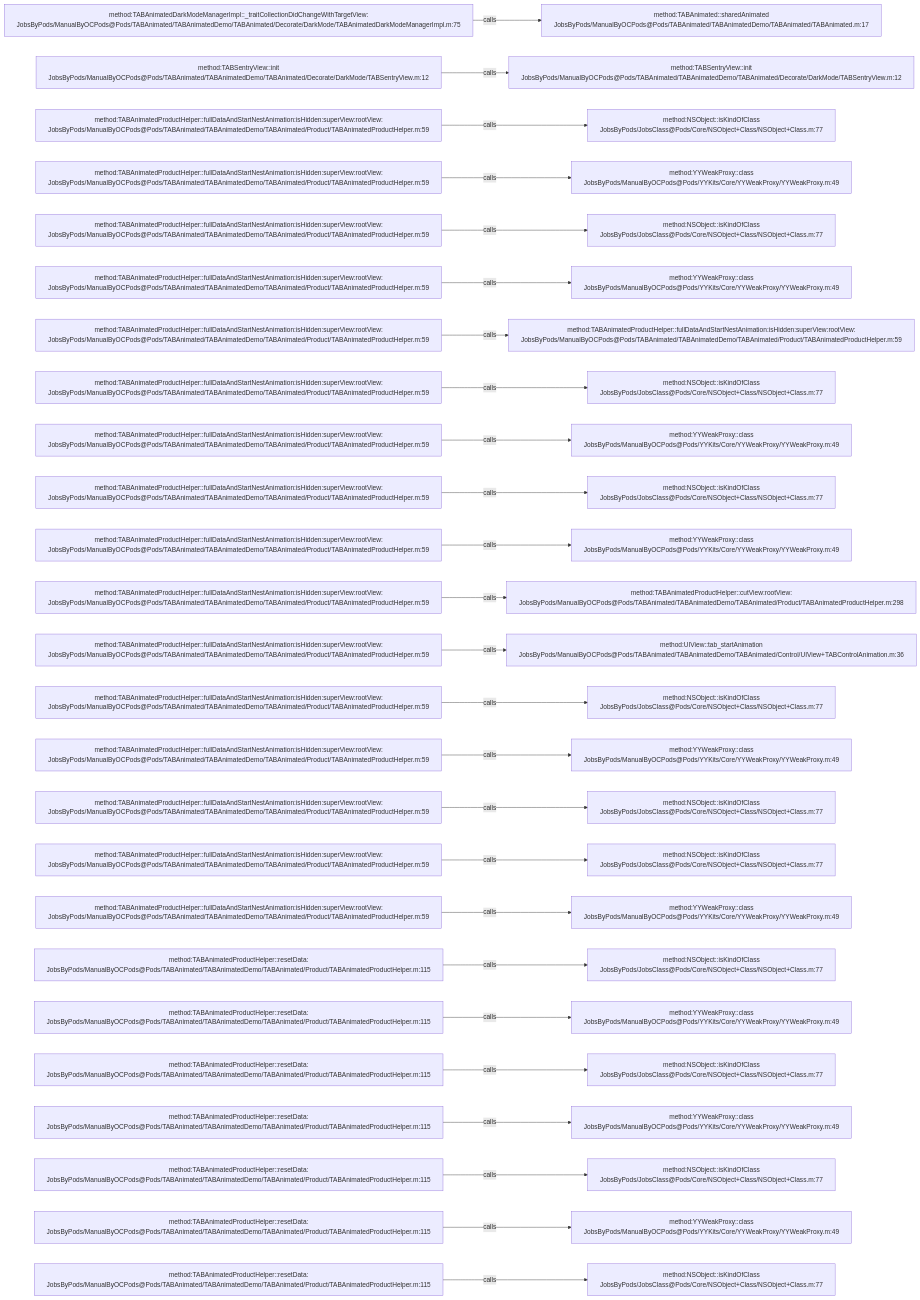
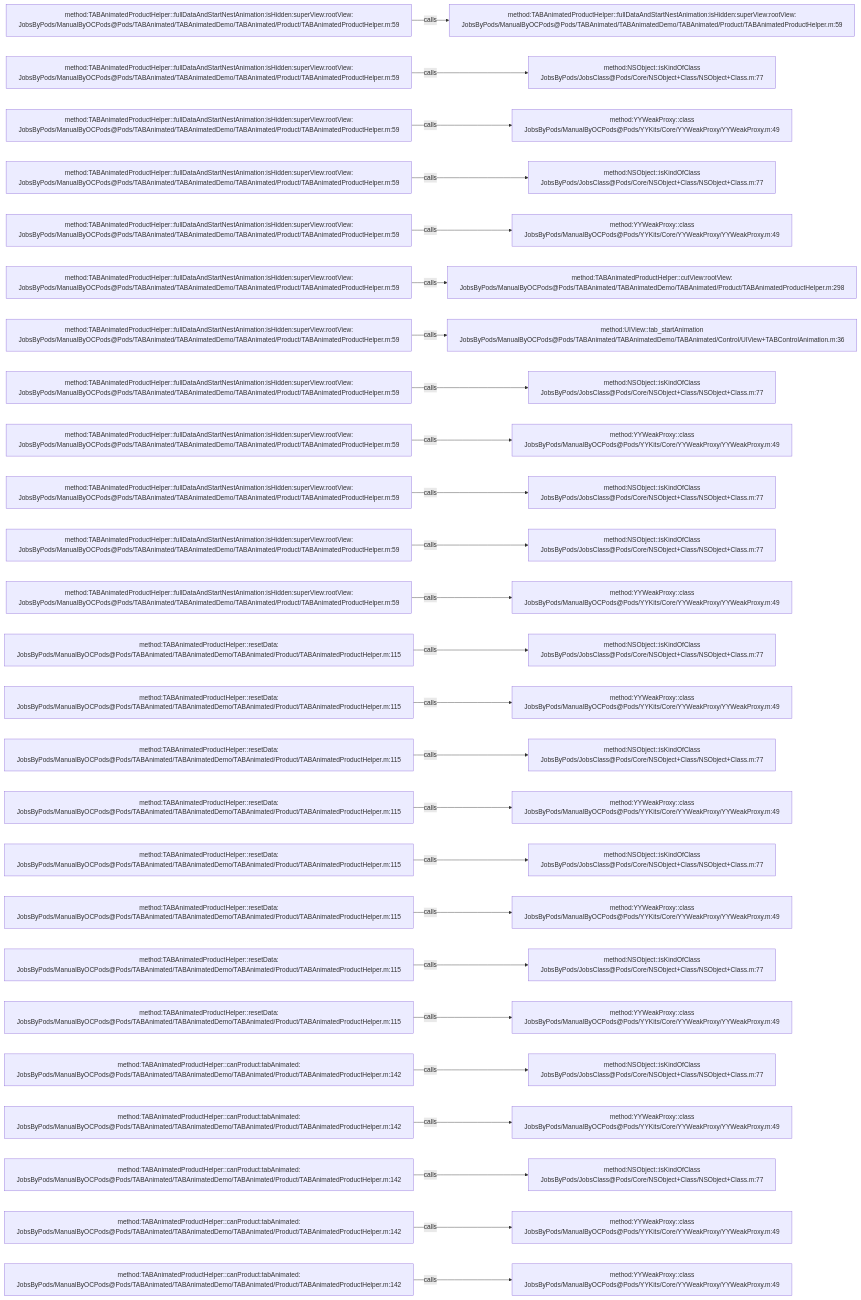
The diagram in .codegraph/codegraph.md/graphs/calls-025.md (JobsKits/JobsOCBaseConfigDemo), drawn with Mermaid before and after one commit. The commit also changed 666 other files, not shown here.

````diff
--- a/.codegraph/codegraph.md/graphs/calls-025.md
+++ b/.codegraph/codegraph.md/graphs/calls-025.md
@@ -13,78 +13,78 @@
 ```mermaid
 flowchart LR
-  S1["method:TABAnimatedDarkModeManagerImpl::_traitCollectionDidChangeWithTargetView:<br/>JobsByPods/ManualByOCPods@Pods/TABAnimated/TABAnimatedDemo/TABAnimated/Decorate/DarkMode/TABAnimatedDarkModeManagerImpl.m:75"]
-  T1["method:TABAnimated::sharedAnimated<br/>JobsByPods/ManualByOCPods@Pods/TABAnimated/TABAnimatedDemo/TABAnimated/TABAnimated.m:17"]
+  S1["method:TABAnimatedProductHelper::fullDataAndStartNestAnimation:isHidden:superView:rootView:<br/>JobsByPods/ManualByOCPods@Pods/TABAnimated/TABAnimatedDemo/TABAnimated/Product/TABAnimatedProductHelper.m:59"]
+  T1["method:TABAnimatedProductHelper::fullDataAndStartNestAnimation:isHidden:superView:rootView:<br/>JobsByPods/ManualByOCPods@Pods/TABAnimated/TABAnimatedDemo/TABAnimated/Product/TABAnimatedProductHelper.m:59"]
   S1 -->|calls| T1
-  S2["method:TABSentryView::init<br/>JobsByPods/ManualByOCPods@Pods/TABAnimated/TABAnimatedDemo/TABAnimated/Decorate/DarkMode/TABSentryView.m:12"]
-  T2["method:TABSentryView::init<br/>JobsByPods/ManualByOCPods@Pods/TABAnimated/TABAnimatedDemo/TABAnimated/Decorate/DarkMode/TABSentryView.m:12"]
+  S2["method:TABAnimatedProductHelper::fullDataAndStartNestAnimation:isHidden:superView:rootView:<br/>JobsByPods/ManualByOCPods@Pods/TABAnimated/TABAnimatedDemo/TABAnimated/Product/TABAnimatedProductHelper.m:59"]
+  T2["method:NSObject::isKindOfClass<br/>JobsByPods/JobsClass@Pods/Core/NSObject+Class/NSObject+Class.m:77"]
   S2 -->|calls| T2
   S3["method:TABAnimatedProductHelper::fullDataAndStartNestAnimation:isHidden:superView:rootView:<br/>JobsByPods/ManualByOCPods@Pods/TABAnimated/TABAnimatedDemo/TABAnimated/Product/TABAnimatedProductHelper.m:59"]
-  T3["method:NSObject::isKindOfClass<br/>JobsByPods/JobsClass@Pods/Core/NSObject+Class/NSObject+Class.m:77"]
+  T3["method:YYWeakProxy::class<br/>JobsByPods/ManualByOCPods@Pods/YYKits/Core/YYWeakProxy/YYWeakProxy.m:49"]
   S3 -->|calls| T3
   S4["method:TABAnimatedProductHelper::fullDataAndStartNestAnimation:isHidden:superView:rootView:<br/>JobsByPods/ManualByOCPods@Pods/TABAnimated/TABAnimatedDemo/TABAnimated/Product/TABAnimatedProductHelper.m:59"]
-  T4["method:YYWeakProxy::class<br/>JobsByPods/ManualByOCPods@Pods/YYKits/Core/YYWeakProxy/YYWeakProxy.m:49"]
+  T4["method:NSObject::isKindOfClass<br/>JobsByPods/JobsClass@Pods/Core/NSObject+Class/NSObject+Class.m:77"]
   S4 -->|calls| T4
   S5["method:TABAnimatedProductHelper::fullDataAndStartNestAnimation:isHidden:superView:rootView:<br/>JobsByPods/ManualByOCPods@Pods/TABAnimated/TABAnimatedDemo/TABAnimated/Product/TABAnimatedProductHelper.m:59"]
-  T5["method:NSObject::isKindOfClass<br/>JobsByPods/JobsClass@Pods/Core/NSObject+Class/NSObject+Class.m:77"]
+  T5["method:YYWeakProxy::class<br/>JobsByPods/ManualByOCPods@Pods/YYKits/Core/YYWeakProxy/YYWeakProxy.m:49"]
   S5 -->|calls| T5
   S6["method:TABAnimatedProductHelper::fullDataAndStartNestAnimation:isHidden:superView:rootView:<br/>JobsByPods/ManualByOCPods@Pods/TABAnimated/TABAnimatedDemo/TABAnimated/Product/TABAnimatedProductHelper.m:59"]
-  T6["method:YYWeakProxy::class<br/>JobsByPods/ManualByOCPods@Pods/YYKits/Core/YYWeakProxy/YYWeakProxy.m:49"]
+  T6["method:TABAnimatedProductHelper::cutView:rootView:<br/>JobsByPods/ManualByOCPods@Pods/TABAnimated/TABAnimatedDemo/TABAnimated/Product/TABAnimatedProductHelper.m:298"]
   S6 -->|calls| T6
   S7["method:TABAnimatedProductHelper::fullDataAndStartNestAnimation:isHidden:superView:rootView:<br/>JobsByPods/ManualByOCPods@Pods/TABAnimated/TABAnimatedDemo/TABAnimated/Product/TABAnimatedProductHelper.m:59"]
-  T7["method:TABAnimatedProductHelper::fullDataAndStartNestAnimation:isHidden:superView:rootView:<br/>JobsByPods/ManualByOCPods@Pods/TABAnimated/TABAnimatedDemo/TABAnimated/Product/TABAnimatedProductHelper.m:59"]
+  T7["method:UIView::tab_startAnimation<br/>JobsByPods/ManualByOCPods@Pods/TABAnimated/TABAnimatedDemo/TABAnimated/Control/UIView+TABControlAnimation.m:36"]
   S7 -->|calls| T7
   S8["method:TABAnimatedProductHelper::fullDataAndStartNestAnimation:isHidden:superView:rootView:<br/>JobsByPods/ManualByOCPods@Pods/TABAnimated/TABAnimatedDemo/TABAnimated/Product/TABAnimatedProductHelper.m:59"]
   T8["method:NSObject::isKindOfClass<br/>JobsByPods/JobsClass@Pods/Core/NSObject+Class/NSObject+Class.m:77"]
   S8 -->|calls| T8
   S9["method:TABAnimatedProductHelper::fullDataAndStartNestAnimation:isHidden:superView:rootView:<br/>JobsByPods/ManualByOCPods@Pods/TABAnimated/TABAnimatedDemo/TABAnimated/Product/TABAnimatedProductHelper.m:59"]
   T9["method:YYWeakProxy::class<br/>JobsByPods/ManualByOCPods@Pods/YYKits/Core/YYWeakProxy/YYWeakProxy.m:49"]
   S9 -->|calls| T9
   S10["method:TABAnimatedProductHelper::fullDataAndStartNestAnimation:isHidden:superView:rootView:<br/>JobsByPods/ManualByOCPods@Pods/TABAnimated/TABAnimatedDemo/TABAnimated/Product/TABAnimatedProductHelper.m:59"]
   T10["method:NSObject::isKindOfClass<br/>JobsByPods/JobsClass@Pods/Core/NSObject+Class/NSObject+Class.m:77"]
   S10 -->|calls| T10
   S11["method:TABAnimatedProductHelper::fullDataAndStartNestAnimation:isHidden:superView:rootView:<br/>JobsByPods/ManualByOCPods@Pods/TABAnimated/TABAnimatedDemo/TABAnimated/Product/TABAnimatedProductHelper.m:59"]
-  T11["method:YYWeakProxy::class<br/>JobsByPods/ManualByOCPods@Pods/YYKits/Core/YYWeakProxy/YYWeakProxy.m:49"]
+  T11["method:NSObject::isKindOfClass<br/>JobsByPods/JobsClass@Pods/Core/NSObject+Class/NSObject+Class.m:77"]
   S11 -->|calls| T11
   S12["method:TABAnimatedProductHelper::fullDataAndStartNestAnimation:isHidden:superView:rootView:<br/>JobsByPods/ManualByOCPods@Pods/TABAnimated/TABAnimatedDemo/TABAnimated/Product/TABAnimatedProductHelper.m:59"]
-  T12["method:TABAnimatedProductHelper::cutView:rootView:<br/>JobsByPods/ManualByOCPods@Pods/TABAnimated/TABAnimatedDemo/TABAnimated/Product/TABAnimatedProductHelper.m:298"]
+  T12["method:YYWeakProxy::class<br/>JobsByPods/ManualByOCPods@Pods/YYKits/Core/YYWeakProxy/YYWeakProxy.m:49"]
   S12 -->|calls| T12
-  S13["method:TABAnimatedProductHelper::fullDataAndStartNestAnimation:isHidden:superView:rootView:<br/>JobsByPods/ManualByOCPods@Pods/TABAnimated/TABAnimatedDemo/TABAnimated/Product/TABAnimatedProductHelper.m:59"]
-  T13["method:UIView::tab_startAnimation<br/>JobsByPods/ManualByOCPods@Pods/TABAnimated/TABAnimatedDemo/TABAnimated/Control/UIView+TABControlAnimation.m:36"]
+  S13["method:TABAnimatedProductHelper::resetData:<br/>JobsByPods/ManualByOCPods@Pods/TABAnimated/TABAnimatedDemo/TABAnimated/Product/TABAnimatedProductHelper.m:115"]
+  T13["method:NSObject::isKindOfClass<br/>JobsByPods/JobsClass@Pods/Core/NSObject+Class/NSObject+Class.m:77"]
   S13 -->|calls| T13
-  S14["method:TABAnimatedProductHelper::fullDataAndStartNestAnimation:isHidden:superView:rootView:<br/>JobsByPods/ManualByOCPods@Pods/TABAnimated/TABAnimatedDemo/TABAnimated/Product/TABAnimatedProductHelper.m:59"]
-  T14["method:NSObject::isKindOfClass<br/>JobsByPods/JobsClass@Pods/Core/NSObject+Class/NSObject+Class.m:77"]
+  S14["method:TABAnimatedProductHelper::resetData:<br/>JobsByPods/ManualByOCPods@Pods/TABAnimated/TABAnimatedDemo/TABAnimated/Product/TABAnimatedProductHelper.m:115"]
+  T14["method:YYWeakProxy::class<br/>JobsByPods/ManualByOCPods@Pods/YYKits/Core/YYWeakProxy/YYWeakProxy.m:49"]
   S14 -->|calls| T14
-  S15["method:TABAnimatedProductHelper::fullDataAndStartNestAnimation:isHidden:superView:rootView:<br/>JobsByPods/ManualByOCPods@Pods/TABAnimated/TABAnimatedDemo/TABAnimated/Product/TABAnimatedProductHelper.m:59"]
-  T15["method:YYWeakProxy::class<br/>JobsByPods/ManualByOCPods@Pods/YYKits/Core/YYWeakProxy/YYWeakProxy.m:49"]
+  S15["method:TABAnimatedProductHelper::resetData:<br/>JobsByPods/ManualByOCPods@Pods/TABAnimated/TABAnimatedDemo/TABAnimated/Product/TABAnimatedProductHelper.m:115"]
+  T15["method:NSObject::isKindOfClass<br/>JobsByPods/JobsClass@Pods/Core/NSObject+Class/NSObject+Class.m:77"]
   S15 -->|calls| T15
-  S16["method:TABAnimatedProductHelper::fullDataAndStartNestAnimation:isHidden:superView:rootView:<br/>JobsByPods/ManualByOCPods@Pods/TABAnimated/TABAnimatedDemo/TABAnimated/Product/TABAnimatedProductHelper.m:59"]
-  T16["method:NSObject::isKindOfClass<br/>JobsByPods/JobsClass@Pods/Core/NSObject+Class/NSObject+Class.m:77"]
+  S16["method:TABAnimatedProductHelper::resetData:<br/>JobsByPods/ManualByOCPods@Pods/TABAnimated/TABAnimatedDemo/TABAnimated/Product/TABAnimatedProductHelper.m:115"]
+  T16["method:YYWeakProxy::class<br/>JobsByPods/ManualByOCPods@Pods/YYKits/Core/YYWeakProxy/YYWeakProxy.m:49"]
   S16 -->|calls| T16
-  S17["method:TABAnimatedProductHelper::fullDataAndStartNestAnimation:isHidden:superView:rootView:<br/>JobsByPods/ManualByOCPods@Pods/TABAnimated/TABAnimatedDemo/TABAnimated/Product/TABAnimatedProductHelper.m:59"]
+  S17["method:TABAnimatedProductHelper::resetData:<br/>JobsByPods/ManualByOCPods@Pods/TABAnimated/TABAnimatedDemo/TABAnimated/Product/TABAnimatedProductHelper.m:115"]
   T17["method:NSObject::isKindOfClass<br/>JobsByPods/JobsClass@Pods/Core/NSObject+Class/NSObject+Class.m:77"]
   S17 -->|calls| T17
-  S18["method:TABAnimatedProductHelper::fullDataAndStartNestAnimation:isHidden:superView:rootView:<br/>JobsByPods/ManualByOCPods@Pods/TABAnimated/TABAnimatedDemo/TABAnimated/Product/TABAnimatedProductHelper.m:59"]
+  S18["method:TABAnimatedProductHelper::resetData:<br/>JobsByPods/ManualByOCPods@Pods/TABAnimated/TABAnimatedDemo/TABAnimated/Product/TABAnimatedProductHelper.m:115"]
   T18["method:YYWeakProxy::class<br/>JobsByPods/ManualByOCPods@Pods/YYKits/Core/YYWeakProxy/YYWeakProxy.m:49"]
   S18 -->|calls| T18
   S19["method:TABAnimatedProductHelper::resetData:<br/>JobsByPods/ManualByOCPods@Pods/TABAnimated/TABAnimatedDemo/TABAnimated/Product/TABAnimatedProductHelper.m:115"]
   T19["method:NSObject::isKindOfClass<br/>JobsByPods/JobsClass@Pods/Core/NSObject+Class/NSObject+Class.m:77"]
   S19 -->|calls| T19
   S20["method:TABAnimatedProductHelper::resetData:<br/>JobsByPods/ManualByOCPods@Pods/TABAnimated/TABAnimatedDemo/TABAnimated/Product/TABAnimatedProductHelper.m:115"]
   T20["method:YYWeakProxy::class<br/>JobsByPods/ManualByOCPods@Pods/YYKits/Core/YYWeakProxy/YYWeakProxy.m:49"]
   S20 -->|calls| T20
-  S21["method:TABAnimatedProductHelper::resetData:<br/>JobsByPods/ManualByOCPods@Pods/TABAnimated/TABAnimatedDemo/TABAnimated/Product/TABAnimatedProductHelper.m:115"]
+  S21["method:TABAnimatedProductHelper::canProduct:tabAnimated:<br/>JobsByPods/ManualByOCPods@Pods/TABAnimated/TABAnimatedDemo/TABAnimated/Product/TABAnimatedProductHelper.m:142"]
   T21["method:NSObject::isKindOfClass<br/>JobsByPods/JobsClass@Pods/Core/NSObject+Class/NSObject+Class.m:77"]
   S21 -->|calls| T21
-  S22["method:TABAnimatedProductHelper::resetData:<br/>JobsByPods/ManualByOCPods@Pods/TABAnimated/TABAnimatedDemo/TABAnimated/Product/TABAnimatedProductHelper.m:115"]
+  S22["method:TABAnimatedProductHelper::canProduct:tabAnimated:<br/>JobsByPods/ManualByOCPods@Pods/TABAnimated/TABAnimatedDemo/TABAnimated/Product/TABAnimatedProductHelper.m:142"]
   T22["method:YYWeakProxy::class<br/>JobsByPods/ManualByOCPods@Pods/YYKits/Core/YYWeakProxy/YYWeakProxy.m:49"]
   S22 -->|calls| T22
-  S23["method:TABAnimatedProductHelper::resetData:<br/>JobsByPods/ManualByOCPods@Pods/TABAnimated/TABAnimatedDemo/TABAnimated/Product/TABAnimatedProductHelper.m:115"]
+  S23["method:TABAnimatedProductHelper::canProduct:tabAnimated:<br/>JobsByPods/ManualByOCPods@Pods/TABAnimated/TABAnimatedDemo/TABAnimated/Product/TABAnimatedProductHelper.m:142"]
   T23["method:NSObject::isKindOfClass<br/>JobsByPods/JobsClass@Pods/Core/NSObject+Class/NSObject+Class.m:77"]
   S23 -->|calls| T23
-  S24["method:TABAnimatedProductHelper::resetData:<br/>JobsByPods/ManualByOCPods@Pods/TABAnimated/TABAnimatedDemo/TABAnimated/Product/TABAnimatedProductHelper.m:115"]
+  S24["method:TABAnimatedProductHelper::canProduct:tabAnimated:<br/>JobsByPods/ManualByOCPods@Pods/TABAnimated/TABAnimatedDemo/TABAnimated/Product/TABAnimatedProductHelper.m:142"]
   T24["method:YYWeakProxy::class<br/>JobsByPods/ManualByOCPods@Pods/YYKits/Core/YYWeakProxy/YYWeakProxy.m:49"]
   S24 -->|calls| T24
-  S25["method:TABAnimatedProductHelper::resetData:<br/>JobsByPods/ManualByOCPods@Pods/TABAnimated/TABAnimatedDemo/TABAnimated/Product/TABAnimatedProductHelper.m:115"]
-  T25["method:NSObject::isKindOfClass<br/>JobsByPods/JobsClass@Pods/Core/NSObject+Class/NSObject+Class.m:77"]
+  S25["method:TABAnimatedProductHelper::canProduct:tabAnimated:<br/>JobsByPods/ManualByOCPods@Pods/TABAnimated/TABAnimatedDemo/TABAnimated/Product/TABAnimatedProductHelper.m:142"]
+  T25["method:YYWeakProxy::class<br/>JobsByPods/ManualByOCPods@Pods/YYKits/Core/YYWeakProxy/YYWeakProxy.m:49"]
   S25 -->|calls| T25
 ```
````
